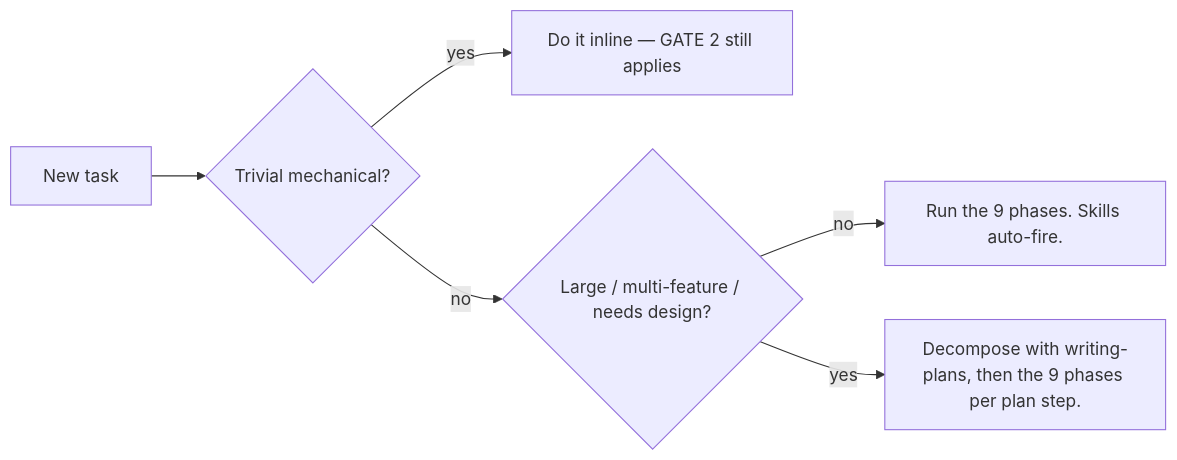
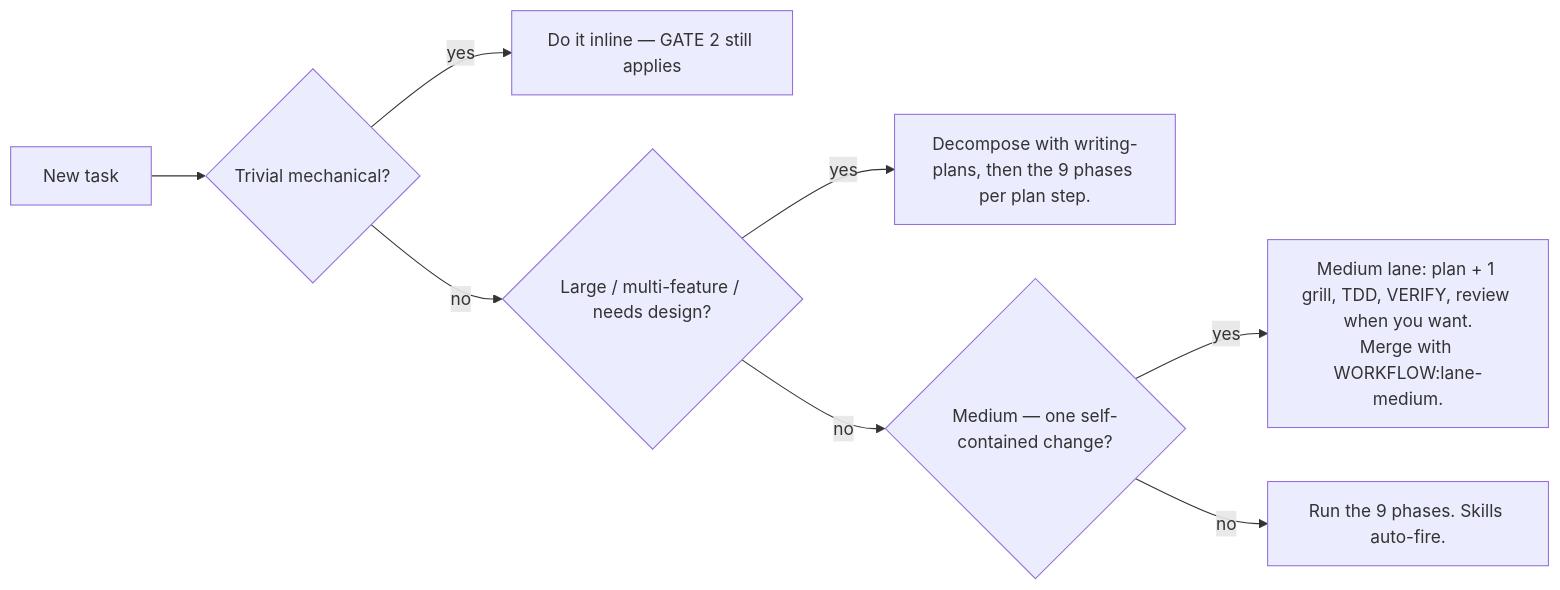
Before and after one commit to HenriGeorge/Yannick: the second of 3 diagrams in .claude/rules/workflow.md, drawn with Mermaid. The commit also changed other lines of this file and 8 other files, not shown here.

````diff
--- a/.claude/rules/workflow.md
+++ b/.claude/rules/workflow.md
@@ -96,8 +94,10 @@
 ```mermaid
 flowchart LR
     Q[New task] --> Q1{Trivial mechanical?}
     Q1 -->|yes| Inline["Do it inline — GATE 2 still applies"]
     Q1 -->|no| Q2{Large / multi-feature / needs design?}
-    Q2 -->|no| Full["Run the 9 phases. Skills auto-fire."]
     Q2 -->|yes| Heavy["Decompose with writing-plans, then the 9 phases per plan step."]
+    Q2 -->|no| Q3{Medium — one self-contained change?}
+    Q3 -->|yes| Med["Medium lane: plan + 1 grill, TDD, VERIFY, review when you want.<br/>Merge with WORKFLOW:lane-medium."]
+    Q3 -->|no| Full["Run the 9 phases. Skills auto-fire."]
 ```
````
